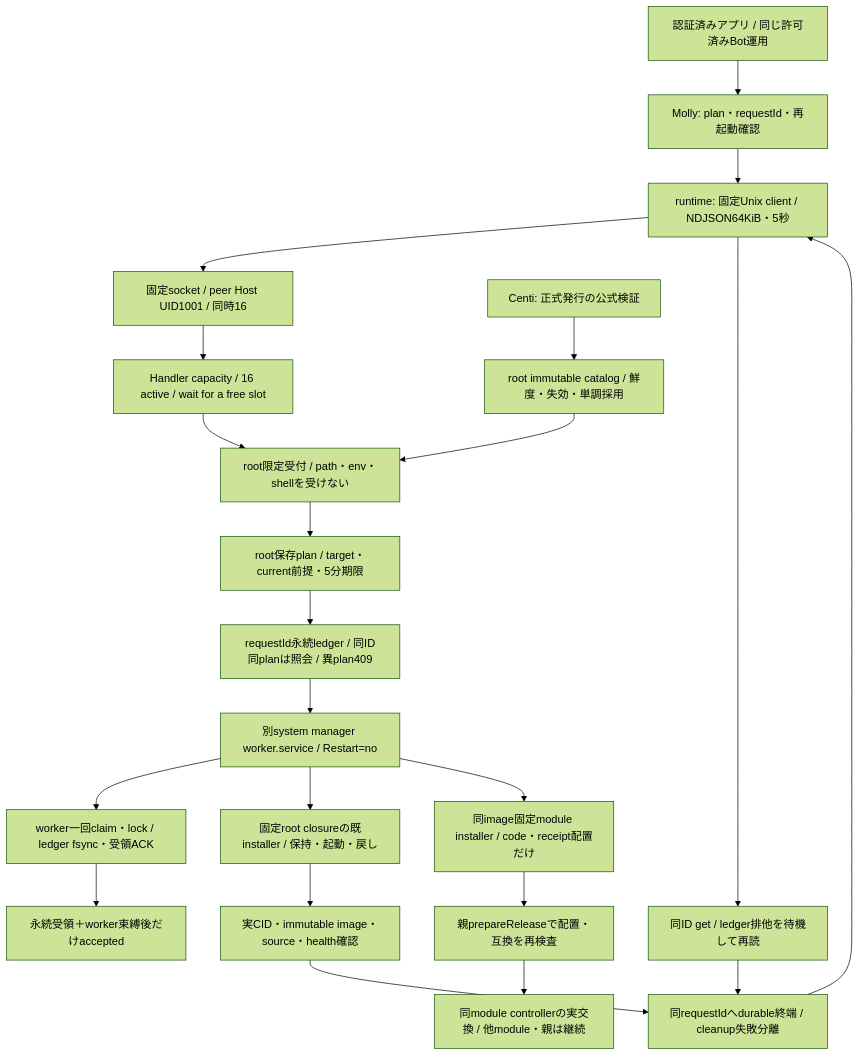
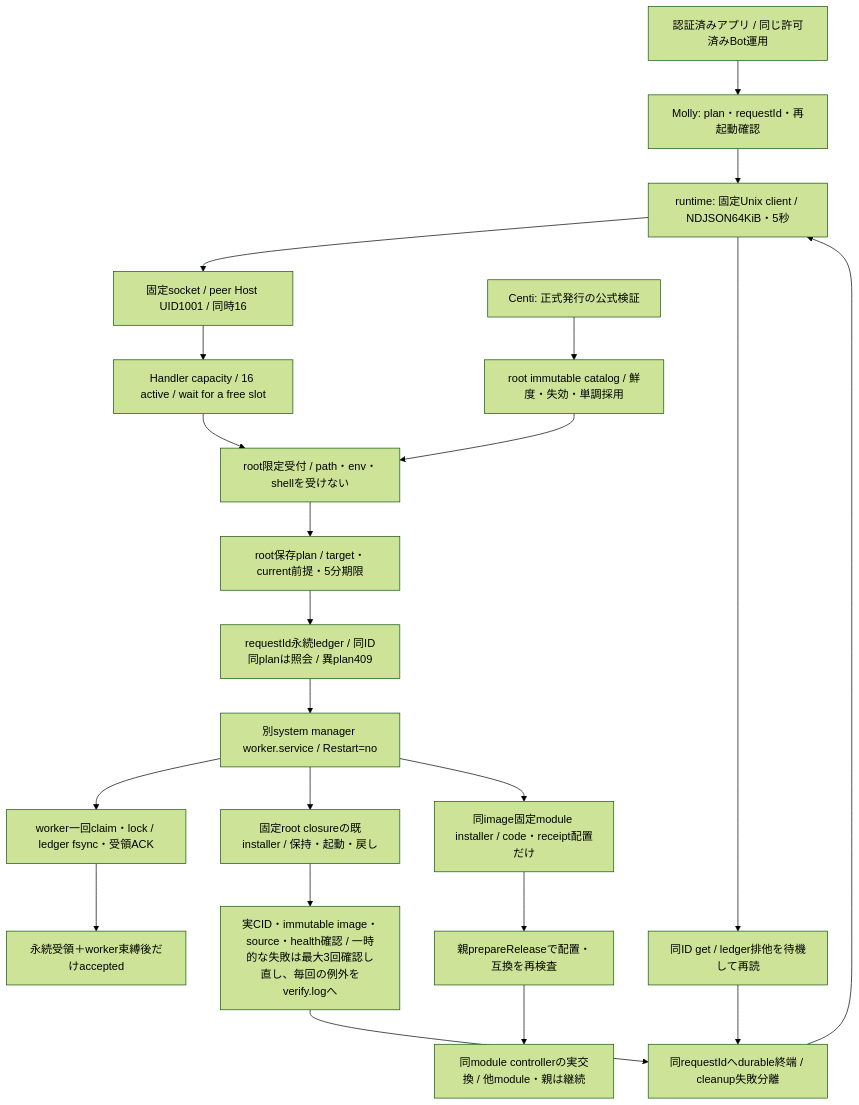
The first of 6 diagrams in docs/architecture/modules/runtime/container-update.md (kitepon/BellTeam), drawn with Mermaid (forest theme) before and after one commit. The commit also changed other lines of this file and 2 other files, not shown here.

Commit message:
a471-updater-verify-retry: the post-swap inspection is retried 3 times and each failed attempt is logged, so one transient host stall no longer rolls a healthy new body back

````diff
--- a/docs/architecture/modules/runtime/container-update.md
+++ b/docs/architecture/modules/runtime/container-update.md
@@ -5,24 +5,24 @@
 ```mermaid
 flowchart TD
   UI[認証済みアプリ / 同じ許可済みBot運用] --> Common[Molly: plan・requestId・再起動確認]
   Common --> Client[runtime: 固定Unix client / NDJSON64KiB・5秒]
   Client --> Socket[固定socket / peer Host UID1001 / 同時16]
   Socket --> Capacity[Handler capacity / 16 active / wait for a free slot]
   Capacity --> Host[root限定受付 / path・env・shellを受けない]
   Catalog[Centi: 正式発行の公式検証] --> Store[root immutable catalog / 鮮度・失効・単調採用]
   Store --> Host
   Host --> Plan[root保存plan / target・current前提・5分期限]
   Plan --> Ledger[requestId永続ledger / 同ID同planは照会 / 異plan409]
   Ledger --> Unit[別system manager worker.service / Restart=no]
   Unit --> Bound[worker一回claim・lock / ledger fsync・受領ACK]
   Bound --> Accepted[永続受領＋worker束縛後だけaccepted]
   Unit --> Installer[固定root closureの既installer / 保持・起動・戻し]
   Unit --> Module[同image固定module installer / code・receipt配置だけ]
   Module --> Recheck[親prepareReleaseで配置・互換を再検査]
   Recheck --> Exchange[同module controllerの実交換 / 他module・親は継続]
-  Installer --> Verify[実CID・immutable image・source・health確認]
+  Installer --> Verify[実CID・immutable image・source・health確認 / 一時的な失敗は最大3回確認し直し、毎回の例外をverify.logへ]
   Verify --> Result[同requestIdへdurable終端 / cleanup失敗分離]
   Result --> Client
   Client --> Get[同ID get / ledger排他を待機して再読]
   Get --> Result
 ```
````
